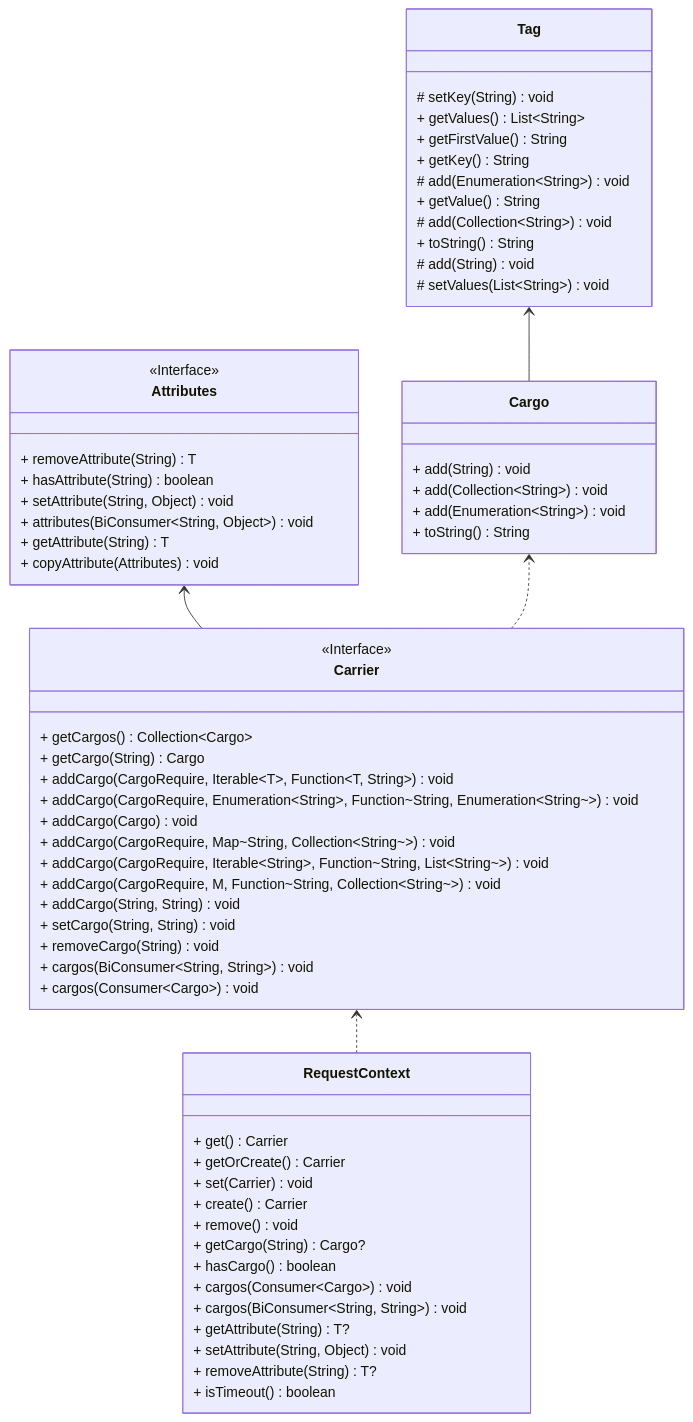
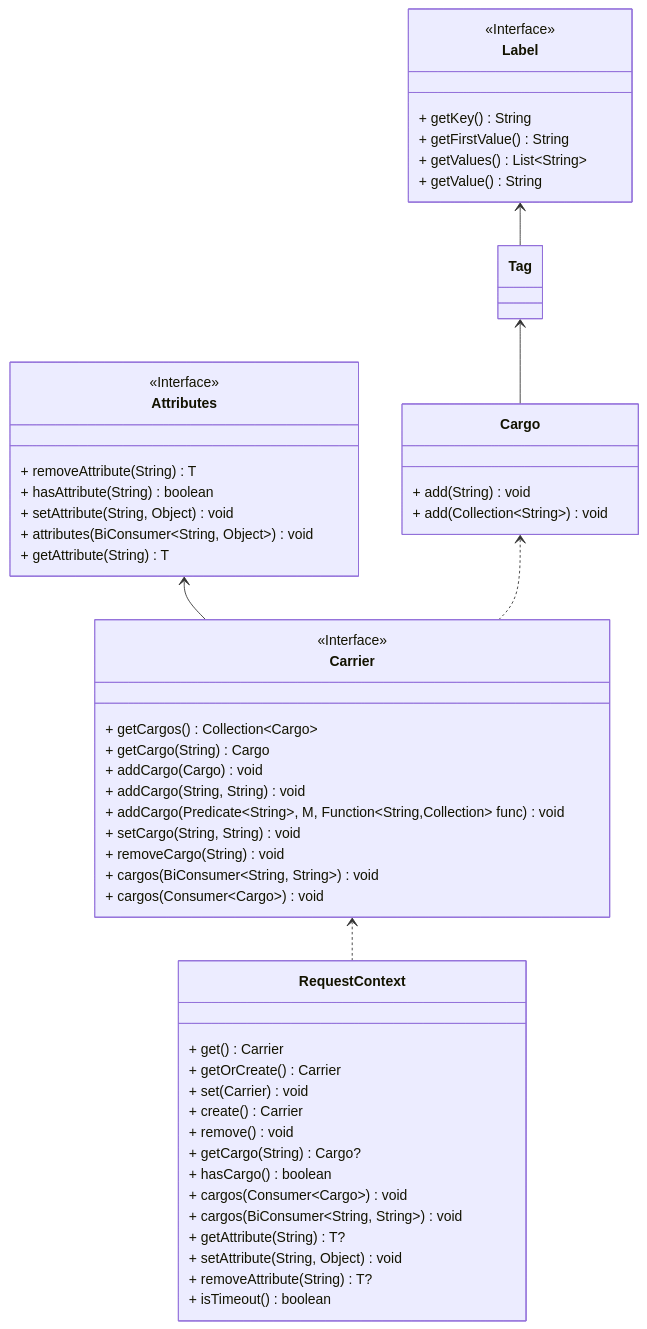
The first of 3 diagrams in docs/cn/transmission.md (jd-opensource/joylive-agent), drawn with Mermaid before and after one commit. The commit also changed other lines of this file and 3 other files, not shown here.

````diff
--- a/docs/cn/transmission.md
+++ b/docs/cn/transmission.md
@@ -10,72 +10,64 @@
 ```mermaid
 classDiagram
-direction BT
-class RequestContext {
-  + get() Carrier
-  + getOrCreate() Carrier
-  + set(Carrier) void
-  + create() Carrier
-  + remove() void
-  + getCargo(String) Cargo?
-  + hasCargo() boolean
-  + cargos(Consumer~Cargo~) void
-  + cargos(BiConsumer~String, String~) void
-  + getAttribute(String) T?
-  + setAttribute(String, Object) void
-  + removeAttribute(String) T?
-  + isTimeout() boolean
-}
+    direction BT
+    class RequestContext {
+        + get() Carrier
+        + getOrCreate() Carrier
+        + set(Carrier) void
+        + create() Carrier
+        + remove() void
+        + getCargo(String) Cargo?
+        + hasCargo() boolean
+        + cargos(Consumer~Cargo~) void
+        + cargos(BiConsumer~String, String~) void
+        + getAttribute(String) T?
+        + setAttribute(String, Object) void
+        + removeAttribute(String) T?
+        + isTimeout() boolean
+    }
 
-class Attributes {
-<<Interface>>
-+ removeAttribute(String) T
-+ hasAttribute(String) boolean
-+ setAttribute(String, Object) void
-+ attributes(BiConsumer~String, Object~) void
-+ getAttribute(String) T
-+ copyAttribute(Attributes) void
-}
+    class Attributes {
+        <<Interface>>
+        + removeAttribute(String) T
+        + hasAttribute(String) boolean
+        + setAttribute(String, Object) void
+        + attributes(BiConsumer~String, Object~) void
+        + getAttribute(String) T
+    }
 
-class Carrier {
-<<Interface>>
-+ getCargos() Collection~Cargo~
-+ getCargo(String) Cargo
-+ addCargo(CargoRequire, Iterable~T~, Function~T, String~, Function~T, String~) void
-+ addCargo(CargoRequire, Enumeration~String~, Function~String, Enumeration~String~~) void
-+ addCargo(Cargo) void
-+ addCargo(CargoRequire, Map~String, Collection~String~~) void
-+ addCargo(CargoRequire, Iterable~String~, Function~String, List~String~~) void
-+ addCargo(CargoRequire, M, Function~String, Collection~String~~) void
-+ addCargo(String, String) void
-+ setCargo(String, String) void
-+ removeCargo(String) void
-+ cargos(BiConsumer~String, String~) void
-+ cargos(Consumer~Cargo~) void
-}
+    class Carrier {
+        <<Interface>>
+        + getCargos() Collection~Cargo~
+        + getCargo(String) Cargo
+        + addCargo(Cargo) void
+        + addCargo(String, String) void
+        + addCargo(Predicate~String~, M, Function~String,Collection~ func) void
+        + setCargo(String, String) void
+        + removeCargo(String) void
+        + cargos(BiConsumer~String, String~) void
+        + cargos(Consumer~Cargo~) void
+    }
 
-class Cargo {
-+ add(String) void
-+ add(Collection~String~) void
-+ add(Enumeration~String~) void
-+ toString() String
-}
+    class Cargo {
+        + add(String) void
+        + add(Collection~String~) void
+    }
 
-class Tag {
-# setKey(String) void
-+ getValues() List~String~
-+ getFirstValue() String
-+ getKey() String
-# add(Enumeration~String~) void
-+ getValue() String
-# add(Collection~String~) void
-+ toString() String
-# add(String) void
-# setValues(List~String~) void
-}
+    class Label {
+        <<Interface>>
+        + getKey() String
+        + getFirstValue() String
+        + getValues() List~String~
+        + getValue() String
+    }
 
-Cargo  -->  Tag
-Carrier  -->  Attributes
-RequestContext ..> Carrier
-Carrier ..> Cargo
+    class Tag {
+       
+    }
+    Tag --> Label
+    Cargo --> Tag
+    Carrier --> Attributes
+    RequestContext ..> Carrier
+    Carrier ..> Cargo
 
 ```
````
